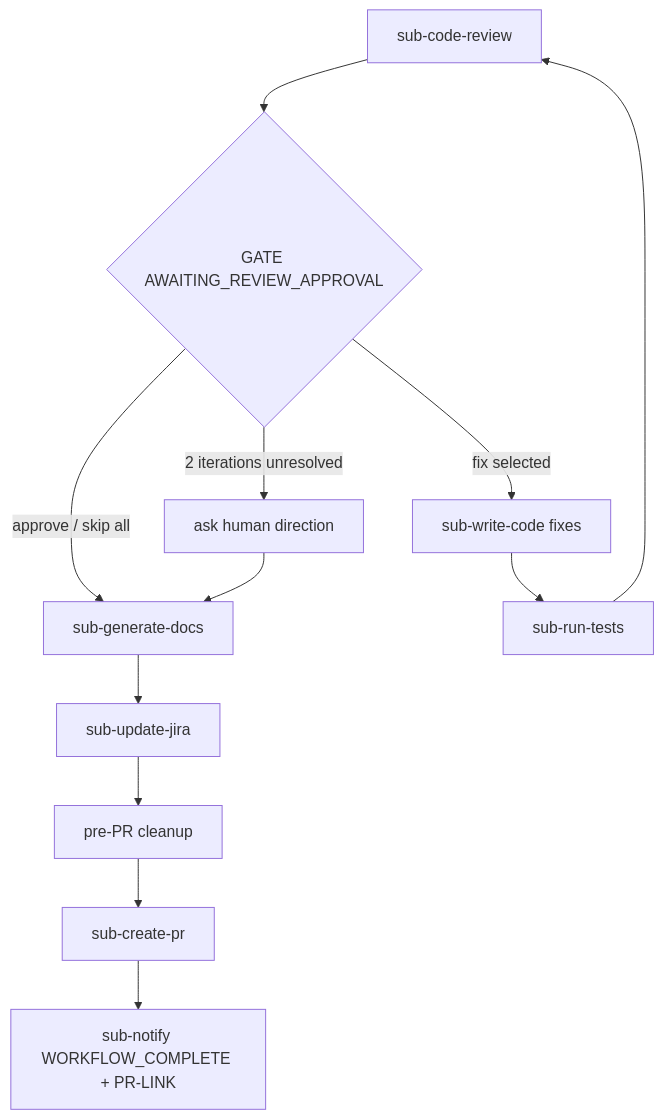
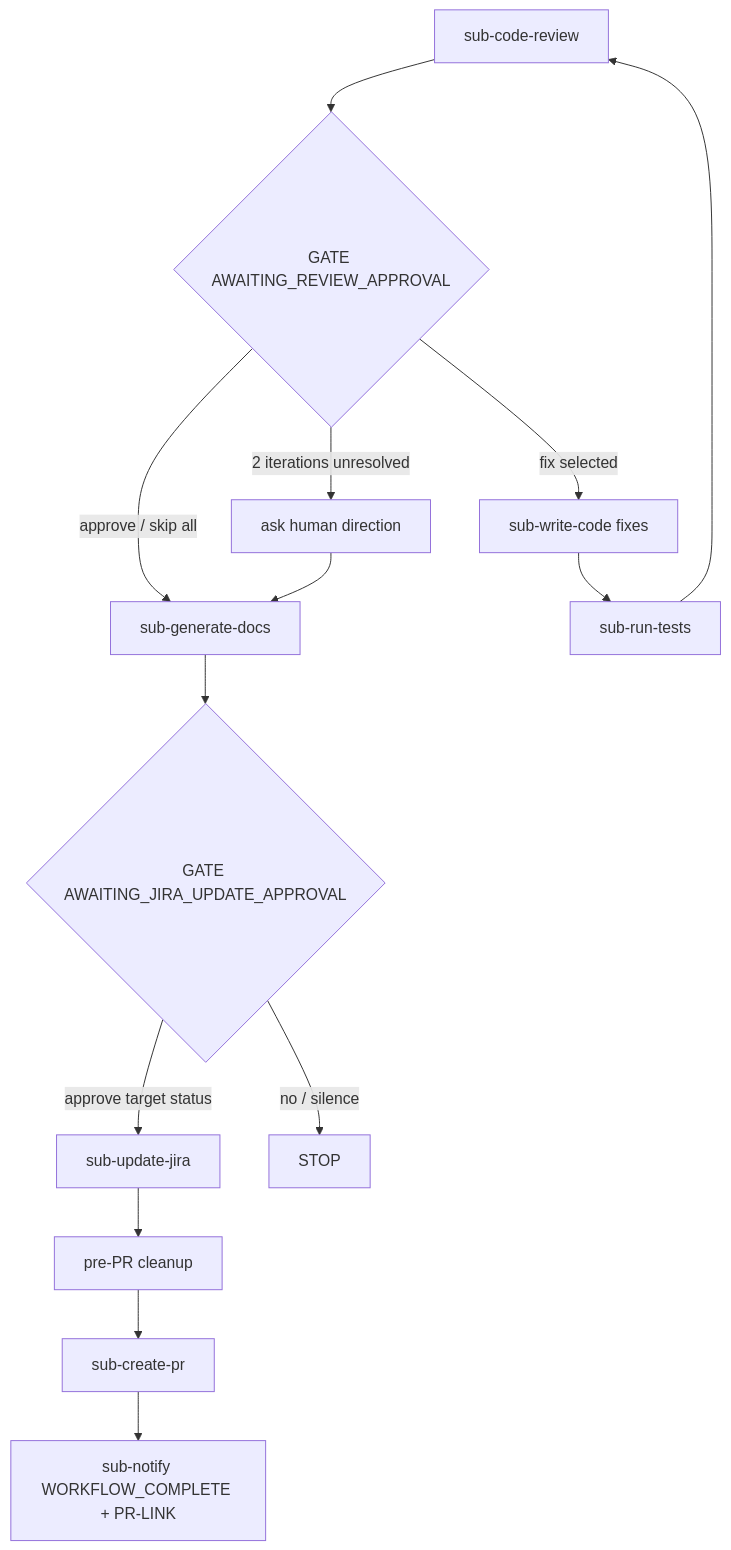
One commit to Agents-development-org/.github changed the third of 3 diagrams in agents/software-engineer-dev.agent.md. Above: the diagram before and after it, drawn with Mermaid. The commit also changed other lines of this file and 12 other files, not shown here.

````diff
--- a/agents/software-engineer-dev.agent.md
+++ b/agents/software-engineer-dev.agent.md
@@ -270,14 +274,16 @@
 ```mermaid
 flowchart TD
   R[sub-code-review] --> GR{GATE AWAITING_REVIEW_APPROVAL}
   GR -->|approve / skip all| DOC[sub-generate-docs]
   GR -->|fix selected| FIX[sub-write-code fixes]
   FIX --> T[sub-run-tests]
   T --> R
   GR -->|2 iterations unresolved| ASK[ask human direction]
   ASK --> DOC
-  DOC --> J[sub-update-jira]
+  DOC --> GJ{GATE AWAITING_JIRA_UPDATE_APPROVAL}
+  GJ -->|approve target status| J[sub-update-jira]
+  GJ -->|no / silence| STOPJ[STOP]
   J --> CL[pre-PR cleanup]
   CL --> PR[sub-create-pr]
   PR --> N[sub-notify WORKFLOW_COMPLETE + PR-LINK]
 ```
````
